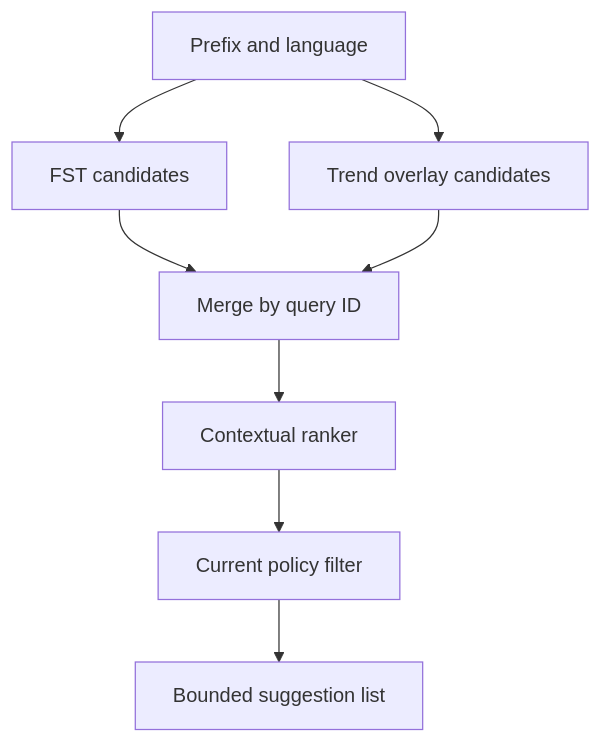
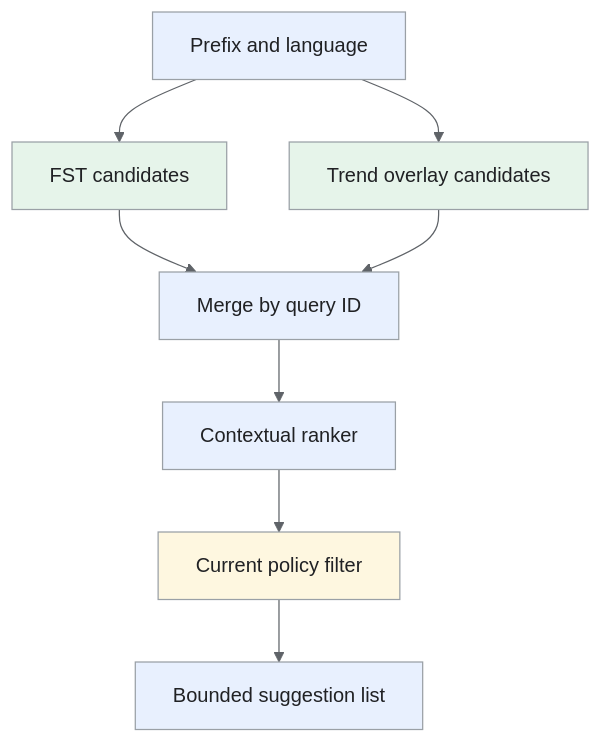
One commit to iliazlobin/iliazlobin.github.io changed the third of 3 diagrams in _designs/autocomplete-query-suggestion.md. Above: the diagram before and after it, drawn with Mermaid. The commit also changed other lines of this file and 25 other files, not shown here.

Commit message:
docs: explain Batch B design flows and tradeoffs

````diff
--- a/_designs/autocomplete-query-suggestion.md
+++ b/_designs/autocomplete-query-suggestion.md
@@ -227,10 +277,18 @@
 ```mermaid
+%%{init: {'theme':'base','themeVariables':{'primaryColor':'#e8f0fe','primaryTextColor':'#202124','primaryBorderColor':'#9aa0a6','lineColor':'#5f6368','secondaryColor':'#e6f4ea','tertiaryColor':'#fef7e0','actorBkg':'#e8f0fe','actorBorder':'#9aa0a6','actorTextColor':'#202124','noteBkgColor':'#fef7e0','noteTextColor':'#202124','noteBorderColor':'#9aa0a6','signalColor':'#5f6368','signalTextColor':'#202124','labelBoxBkgColor':'#fef7e0','labelBoxBorderColor':'#9aa0a6'}}}%%
 flowchart TB
     P["Prefix and language"] --> F["FST candidates"]
     P --> T["Trend overlay candidates"]
     F --> M["Merge by query ID"]
     T --> M
     M --> R["Contextual ranker"]
     R --> S["Current policy filter"]
     S --> U["Bounded suggestion list"]
+classDef request fill:#e8f0fe,stroke:#9aa0a6,color:#202124;
+classDef data fill:#e6f4ea,stroke:#9aa0a6,color:#202124;
+classDef control fill:#fef7e0,stroke:#9aa0a6,color:#202124;
+class P,M,R,U request;
+class F,T data;
+class S control;
+
 ```
````
